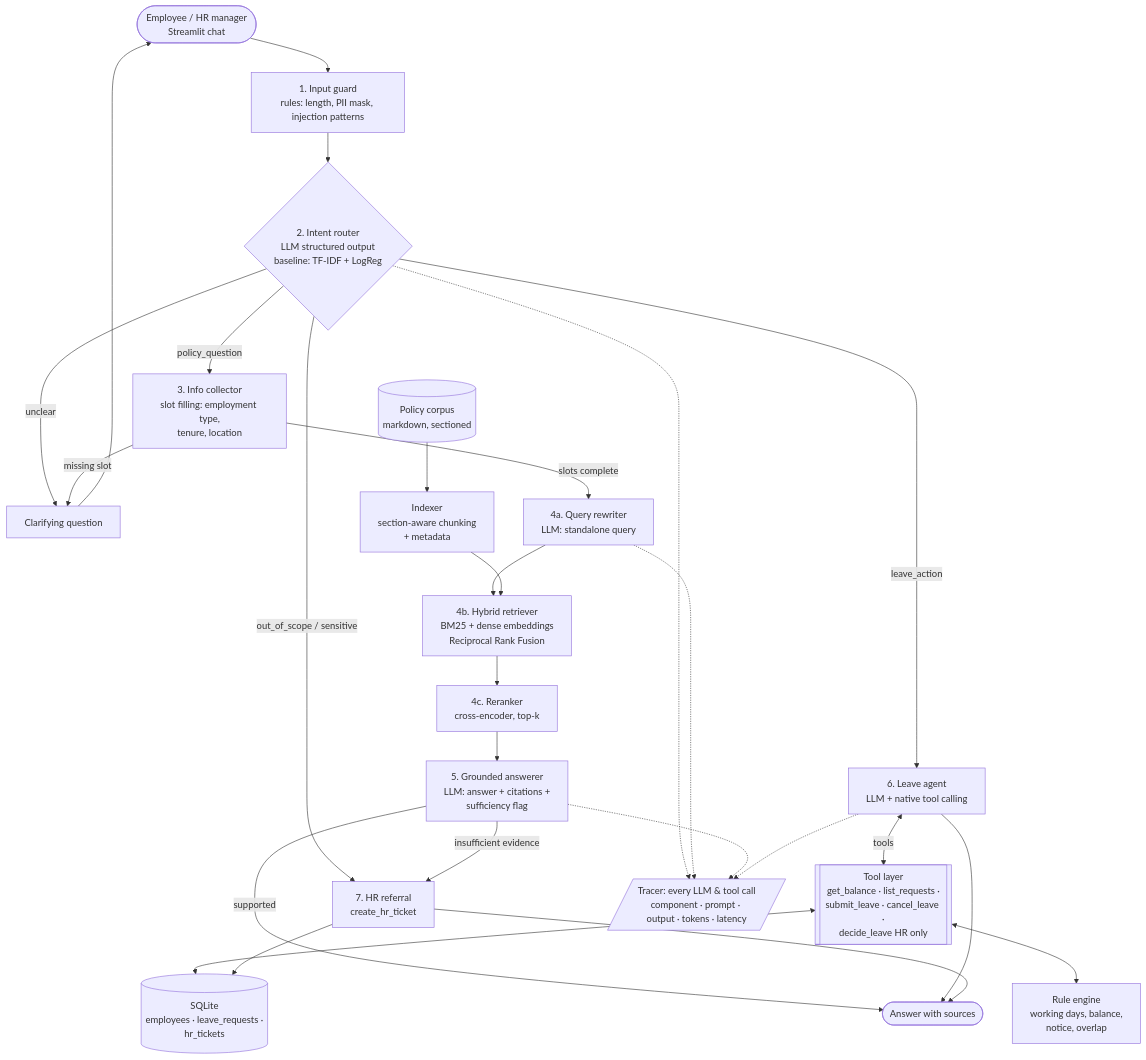
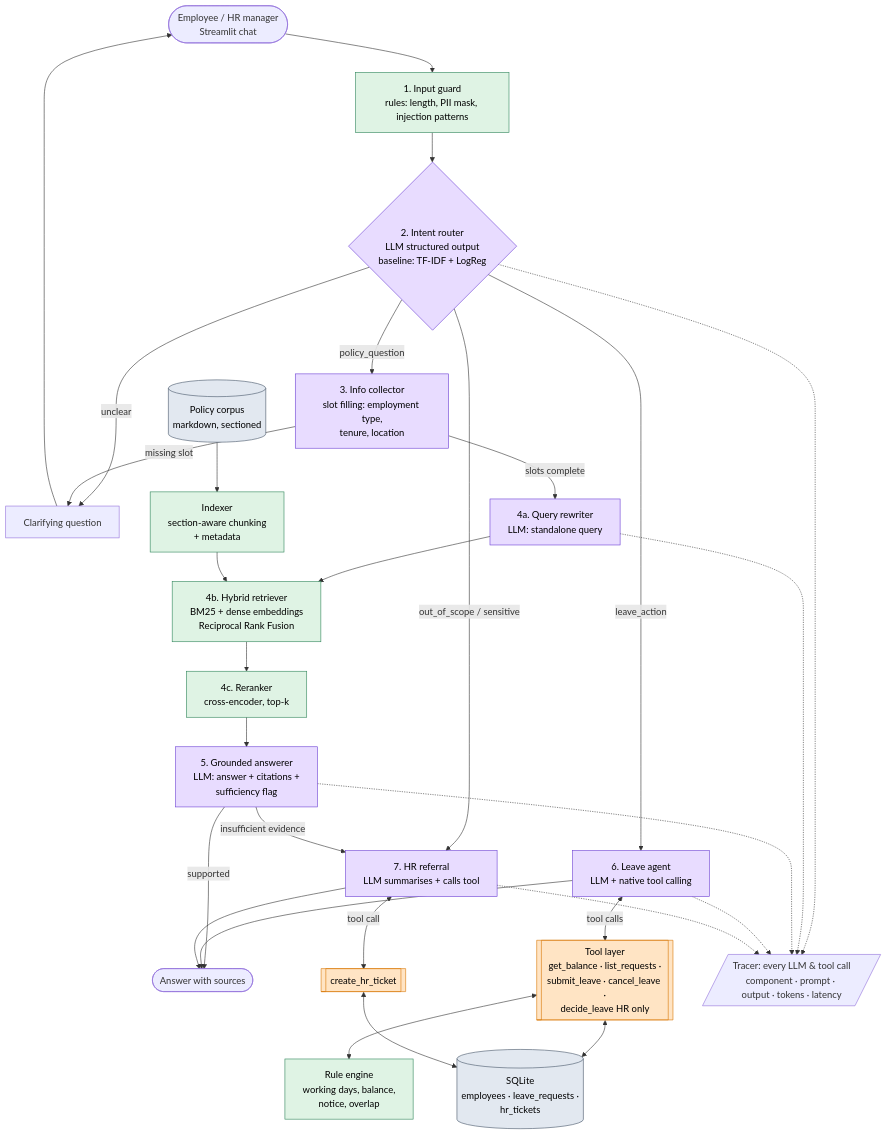
Before and after one commit to KOTAYE/nlp-assignment-1: the diagram in docs/architecture.md, drawn with Mermaid. The commit also changed other lines of this file and 3 other files, not shown here.

Commit message:
Add requirements traceability matrix and fix brief-compliance gaps in architecture

````diff
--- a/docs/architecture.md
+++ b/docs/architecture.md
@@ -5,34 +5,45 @@
 ```mermaid
 flowchart TD
     U([Employee / HR manager<br/>Streamlit chat]) --> G[1. Input guard<br/>rules: length, PII mask, injection patterns]
     G --> R{2. Intent router<br/>LLM structured output<br/>baseline: TF-IDF + LogReg}
 
     R -->|policy_question| C1[3. Info collector<br/>slot filling: employment type,<br/>tenure, location]
     R -->|leave_action| A[6. Leave agent<br/>LLM + native tool calling]
-    R -->|out_of_scope / sensitive| H[7. HR referral<br/>create_hr_ticket]
+    R -->|out_of_scope / sensitive| H[7. HR referral<br/>LLM summarises + calls tool]
     R -->|unclear| Q[Clarifying question]
 
     C1 -->|missing slot| Q
     C1 -->|slots complete| QR[4a. Query rewriter<br/>LLM: standalone query]
     QR --> RET[4b. Hybrid retriever<br/>BM25 + dense embeddings<br/>Reciprocal Rank Fusion]
     RET --> RR[4c. Reranker<br/>cross-encoder, top-k]
     RR --> GEN[5. Grounded answerer<br/>LLM: answer + citations +<br/>sufficiency flag]
     GEN -->|insufficient evidence| H
     GEN -->|supported| OUT([Answer with sources])
 
-    A <-->|tools| T[[Tool layer<br/>get_balance · list_requests ·<br/>submit_leave · cancel_leave ·<br/>decide_leave HR only]]
+    A <-->|tool calls| T[[Tool layer<br/>get_balance · list_requests ·<br/>submit_leave · cancel_leave ·<br/>decide_leave HR only]]
+    H <-->|tool call| TT[[create_hr_ticket]]
     T <--> RULES[Rule engine<br/>working days, balance,<br/>notice, overlap]
     T <--> DB[(SQLite<br/>employees · leave_requests ·<br/>hr_tickets)]
-    H --> DB
+    TT <--> DB
     A --> OUT
     H --> OUT
     Q --> U
 
     POL[(Policy corpus<br/>markdown, sectioned)] --> IDX[Indexer<br/>section-aware chunking<br/>+ metadata] --> RET
 
     TR[/Tracer: every LLM & tool call<br/>component · prompt · output · tokens · latency/]
     R -.-> TR
     QR -.-> TR
     GEN -.-> TR
     A -.-> TR
+    H -.-> TR
+
+    classDef llm fill:#e8dcff,stroke:#6b3fd4,color:#000
+    classDef tool fill:#ffe4c4,stroke:#d97706,color:#000
+    classDef local fill:#dff3e4,stroke:#2f855a,color:#000
+    classDef data fill:#e2e8f0,stroke:#475569,color:#000
+    class R,C1,QR,GEN,A,H llm
+    class T,TT tool
+    class G,RET,RR,RULES,IDX local
+    class DB,POL data
 ```
````
